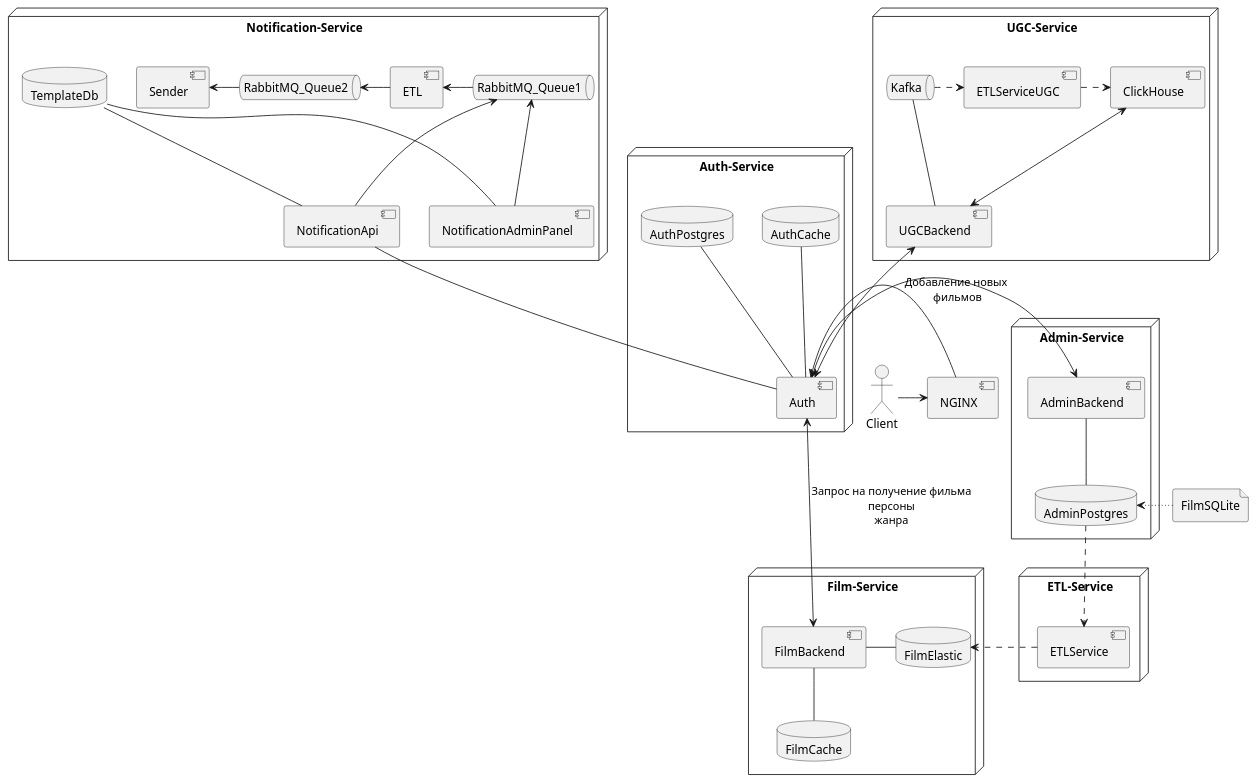
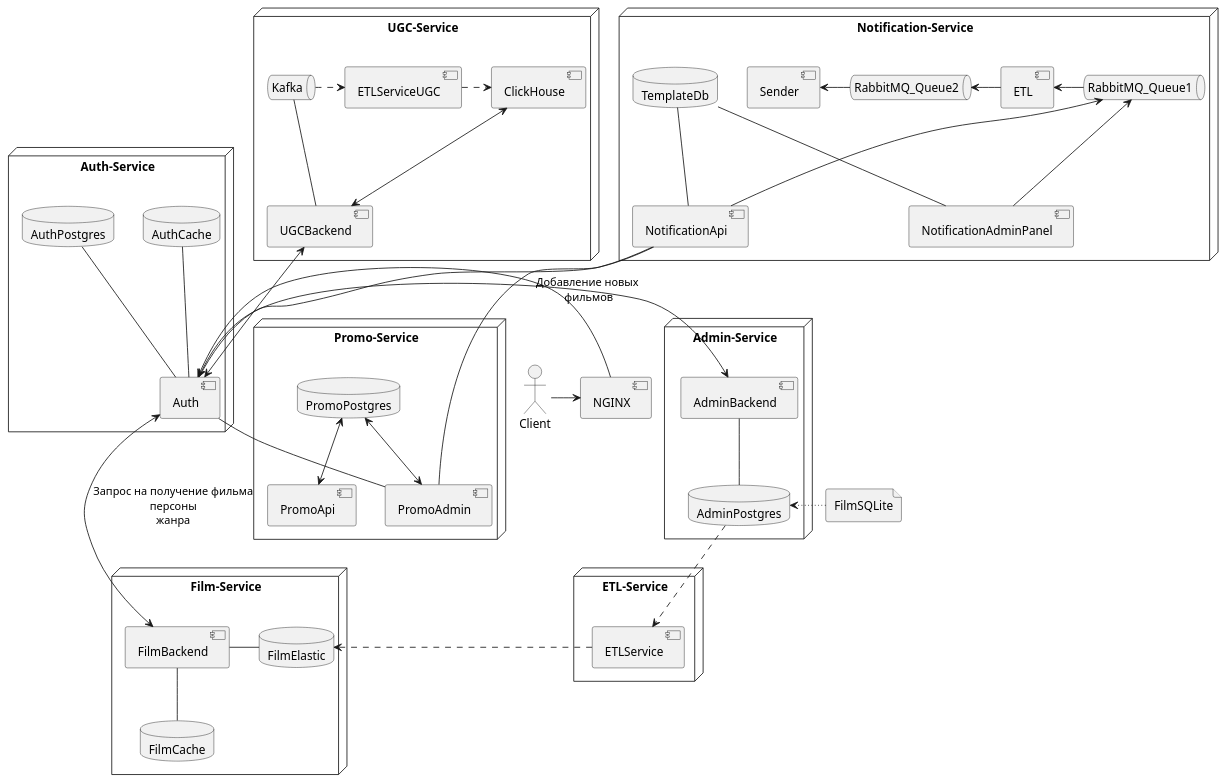
One commit to AndreiUkladchikov/YandexPracticumTeam changed the diagram in schemas/Architecture_TO_BE.puml. Above: the diagram before and after it, drawn with PlantUML. The commit also changed 6 other files, not shown here.

Commit message:
Schemas and auth changes

```diff
--- a/schemas/Architecture_TO_BE.puml
+++ b/schemas/Architecture_TO_BE.puml
@@ -1,84 +1,94 @@
 @startuml Architecture
 
 skinparam componentStyle uml2
 actor Client
 component NGINX
 file FilmSQLite
 
 
 node Auth-Service{
 component Auth
 database AuthPostgres
 database AuthCache
 }
 
 node Admin-Service{
 component AdminBackend
 database AdminPostgres
 }
 
 node Film-Service{
 component FilmBackend
 database FilmElastic
 database FilmCache
 }
 
 node ETL-Service{
 component ETLService
 }
 
 
 node UGC-Service{
 component UGCBackend
 queue Kafka
 component ClickHouse
 component ETLServiceUGC
 }
 
 node Notification-Service{
 component NotificationAdminPanel
 component NotificationApi
 database TemplateDb
 queue RabbitMQ_Queue1
 queue RabbitMQ_Queue2
 component ETL
 component Sender
 }
 
+node Promo-Service{
+component PromoApi
+database PromoPostgres
+component PromoAdmin
+}
+
 NotificationAdminPanel -up- TemplateDb
 NotificationApi -up- TemplateDb
 NotificationAdminPanel -up-> RabbitMQ_Queue1
 NotificationApi -up-> RabbitMQ_Queue1
 RabbitMQ_Queue1 -left-> ETL
 ETL -left-> RabbitMQ_Queue2
 RabbitMQ_Queue2 -left-> Sender
 Auth -up- NotificationApi
 
 Client -> NGINX
 NGINX -> Auth
 Auth -up- AuthPostgres
 Auth -up- AuthCache
 Auth <-left-> AdminBackend: Добавление новых\n фильмов
 AdminBackend -down- AdminPostgres
 
 FilmSQLite-[dotted]right-->AdminPostgres
 
 Auth <-> FilmBackend: Запрос на получение фильма\nперсоны\nжанра
 FilmBackend -right- FilmElastic
 FilmBackend -down- FilmCache
 
 
 AdminPostgres-[dashed]->ETLService
 ETLService-[dashed]>FilmElastic
 
 Kafka-[dashed]>ETLServiceUGC
 ETLServiceUGC-[dashed]>ClickHouse
 
 ClickHouse<-->UGCBackend
 
 Auth<-up->UGCBackend
 UGCBackend-right-Kafka
 
+PromoAdmin<-up->PromoPostgres
+PromoApi<-up->PromoPostgres
+PromoAdmin-up-Auth
+PromoAdmin-up-NotificationApi
 
 
 @enduml
```
